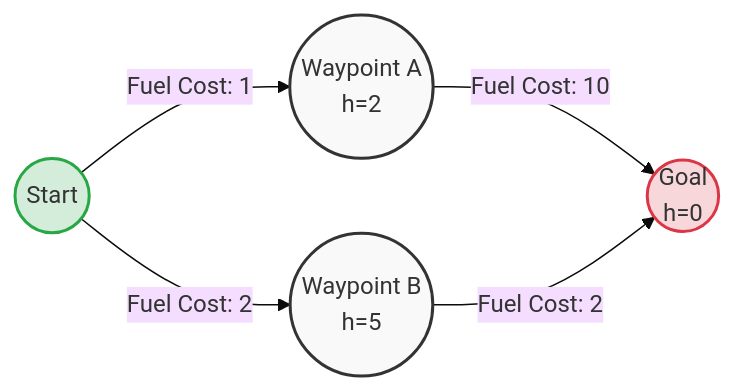
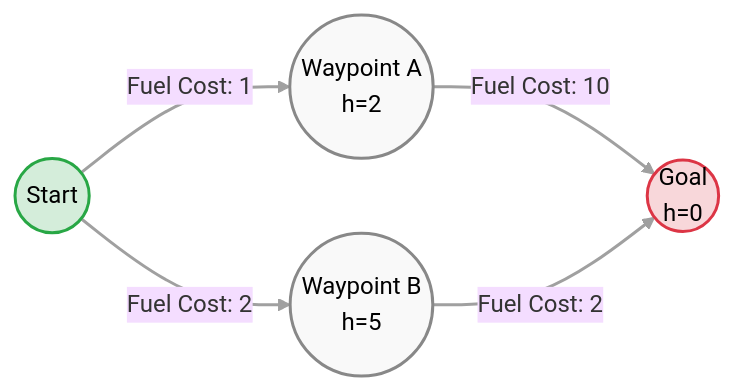
The diagram in book/lessons/6/informed_search.md (TheCodeheadMT/471Book), drawn with Mermaid (base theme) before and after one commit. The commit also changed other lines of this file and 1 other file, not shown here.

Commit message:
Leaving work push

````diff
--- a/book/lessons/6/informed_search.md
+++ b/book/lessons/6/informed_search.md
@@ -33,13 +33,14 @@
 ```{mermaid}
 graph LR
-    S((Start)) -- Fuel Cost: 1 --> A((Waypoint A<br>h=2))
-    S -- Fuel Cost: 2 --> B((Waypoint B<br>h=5))
-    A -- Fuel Cost: 10 --> G((Goal<br>h=0))
-    B -- Fuel Cost: 2 --> G
+    S((Start)) -- "Fuel Cost: 1" --> A((Waypoint A<br>h=2))
+    S -- "Fuel Cost: 2" --> B((Waypoint B<br>h=5))
+    A -- "Fuel Cost: 10" --> G((Goal<br>h=0))
+    B -- "Fuel Cost: 2" --> G
 
-    classDef default fill:#f9f9f9,stroke:#333,stroke-width:2px;
-    classDef start fill:#d4edda,stroke:#28a745,stroke-width:2px;
-    classDef goal fill:#f8d7da,stroke:#dc3545,stroke-width:2px;
+    classDef default fill:#f9f9f9,stroke:#888,stroke-width:2px,color:#000;
+    classDef start fill:#d4edda,stroke:#28a745,stroke-width:2px,color:#000;
+    classDef goal fill:#f8d7da,stroke:#dc3545,stroke-width:2px,color:#000;
+    linkStyle default stroke:#a0a0a0,stroke-width:2px;
     class S start;
     class G goal;
 ```
````
